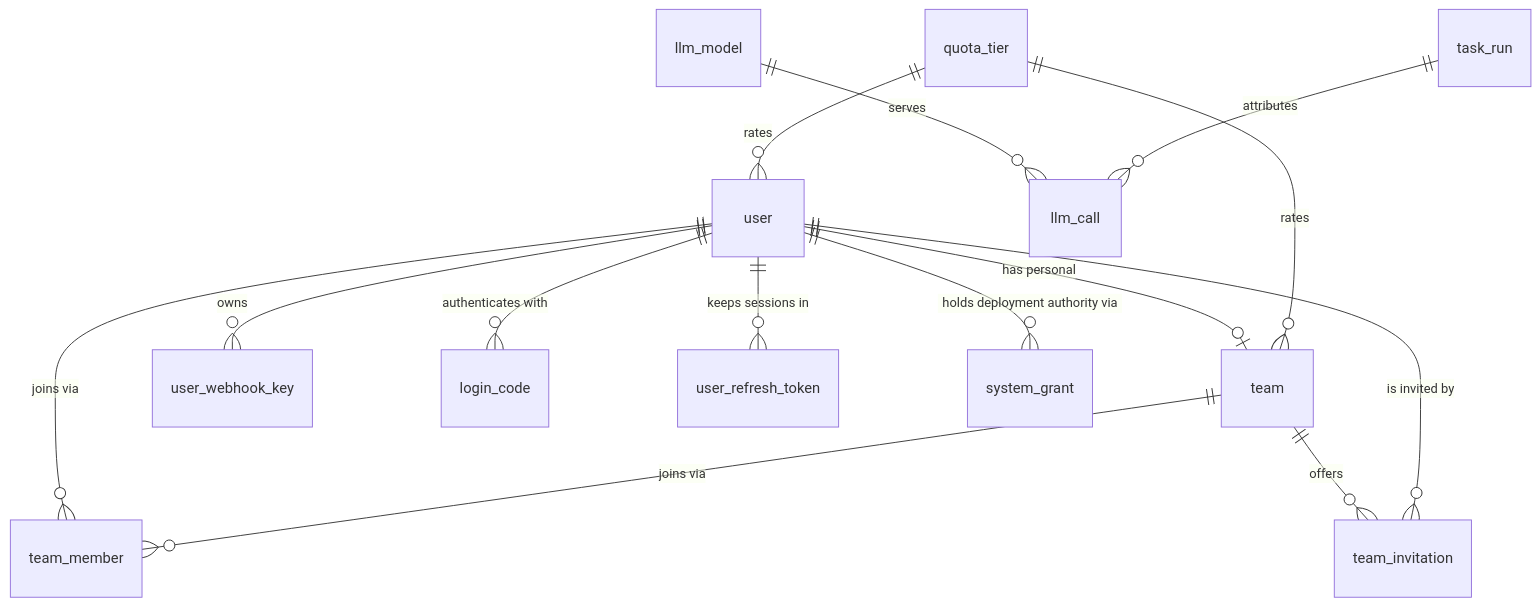
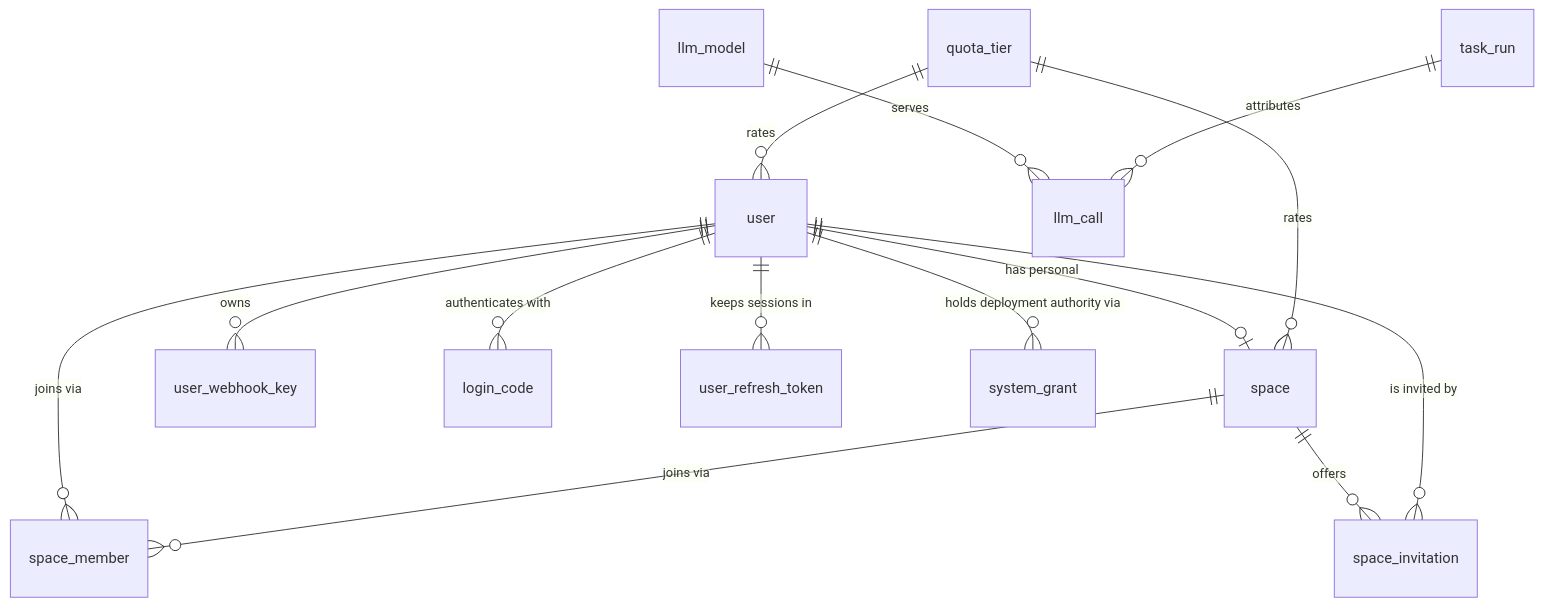
Before and after one commit to gougoujiang/buildmax: the second of 2 diagrams in docs/contribute/architecture/data-model.md, drawn with Mermaid. The commit also changed other lines of this file and 107 other files, not shown here.

First line of the commit message:
Finish the Team to Space rename in documentation and prose

````diff
--- a/docs/contribute/architecture/data-model.md
+++ b/docs/contribute/architecture/data-model.md
@@ -141,16 +141,16 @@
 ```mermaid
 erDiagram
-    user ||--o{ team_member : "joins via"
-    team ||--o{ team_member : "joins via"
-    user ||--o| team : "has personal"
-    team ||--o{ team_invitation : offers
-    user ||--o{ team_invitation : "is invited by"
+    user ||--o{ space_member : "joins via"
+    space ||--o{ space_member : "joins via"
+    user ||--o| space : "has personal"
+    space ||--o{ space_invitation : offers
+    user ||--o{ space_invitation : "is invited by"
     quota_tier ||--o{ user : rates
-    quota_tier ||--o{ team : rates
+    quota_tier ||--o{ space : rates
     user ||--o{ user_webhook_key : owns
     user ||--o{ login_code : "authenticates with"
     user ||--o{ user_refresh_token : "keeps sessions in"
     user ||--o{ system_grant : "holds deployment authority via"
     llm_model ||--o{ llm_call : serves
     task_run ||--o{ llm_call : attributes
 ```
````
